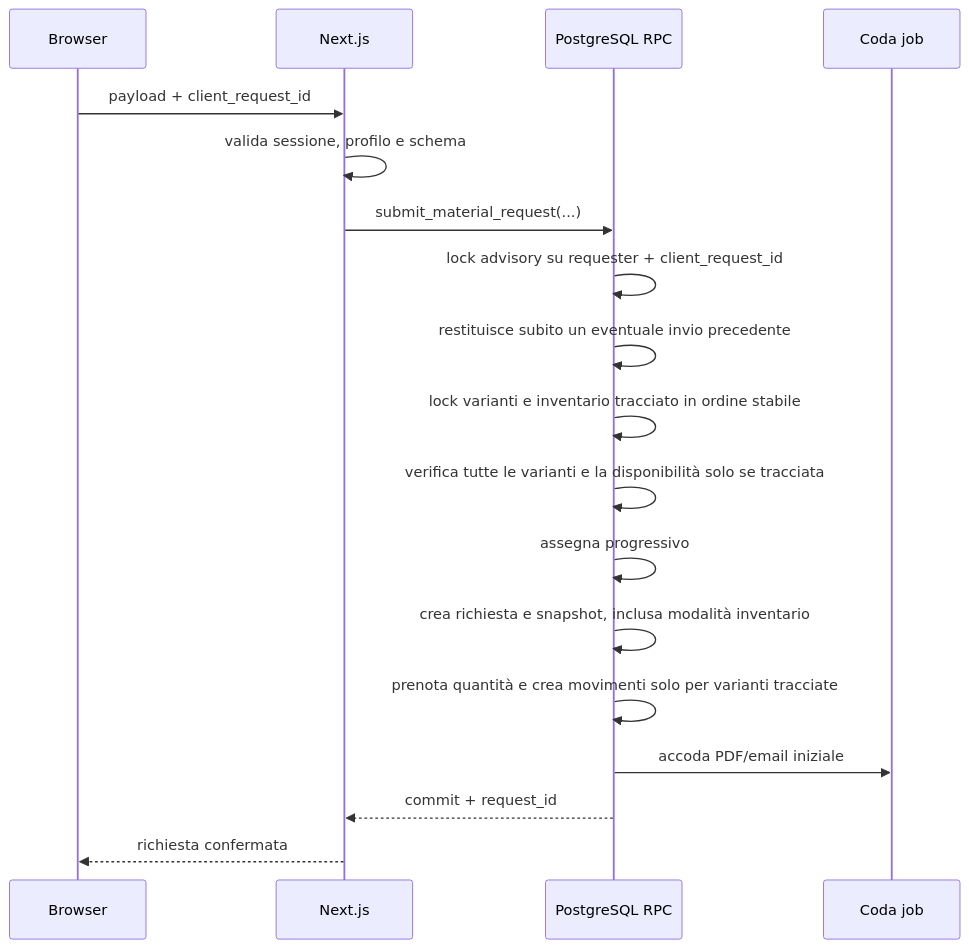
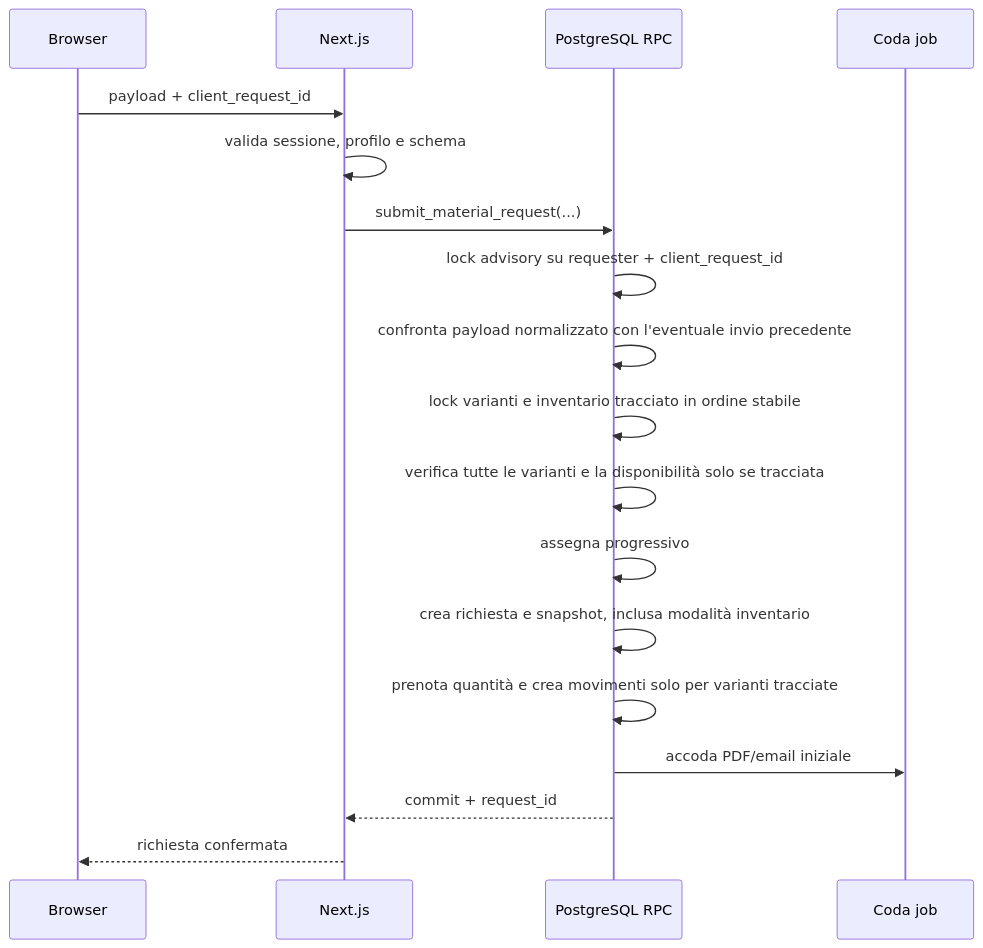
One commit to GianlucaOcchiuzziKiwui/fabtek-warehouse-app-test changed the second of 2 diagrams in ARCHITECTURE.md. Above: the diagram before and after it, drawn with Mermaid. The commit also changed other lines of this file and 13 other files, not shown here.

````diff
--- a/ARCHITECTURE.md
+++ b/ARCHITECTURE.md
@@ -318,21 +318,21 @@
 ```mermaid
 sequenceDiagram
     participant B as Browser
     participant N as Next.js
     participant P as PostgreSQL RPC
     participant J as Coda job
 
     B->>N: payload + client_request_id
     N->>N: valida sessione, profilo e schema
     N->>P: submit_material_request(...)
     P->>P: lock advisory su requester + client_request_id
-    P->>P: restituisce subito un eventuale invio precedente
+    P->>P: confronta payload normalizzato con l'eventuale invio precedente
     P->>P: lock varianti e inventario tracciato in ordine stabile
     P->>P: verifica tutte le varianti e la disponibilità solo se tracciata
     P->>P: assegna progressivo
     P->>P: crea richiesta e snapshot, inclusa modalità inventario
     P->>P: prenota quantità e crea movimenti solo per varianti tracciate
     P->>J: accoda PDF/email iniziale
     P-->>N: commit + request_id
     N-->>B: richiesta confermata
 ```
````
